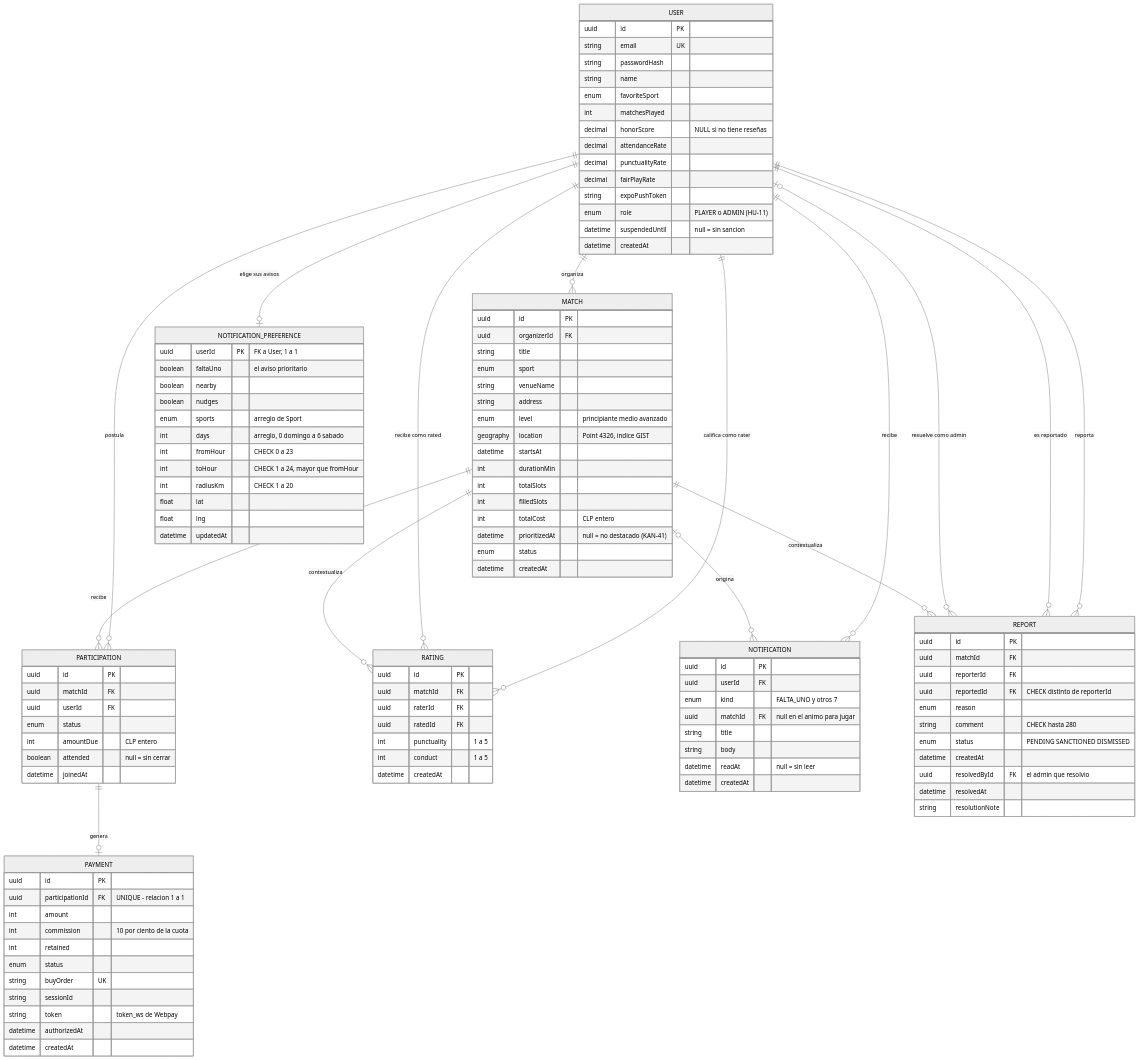
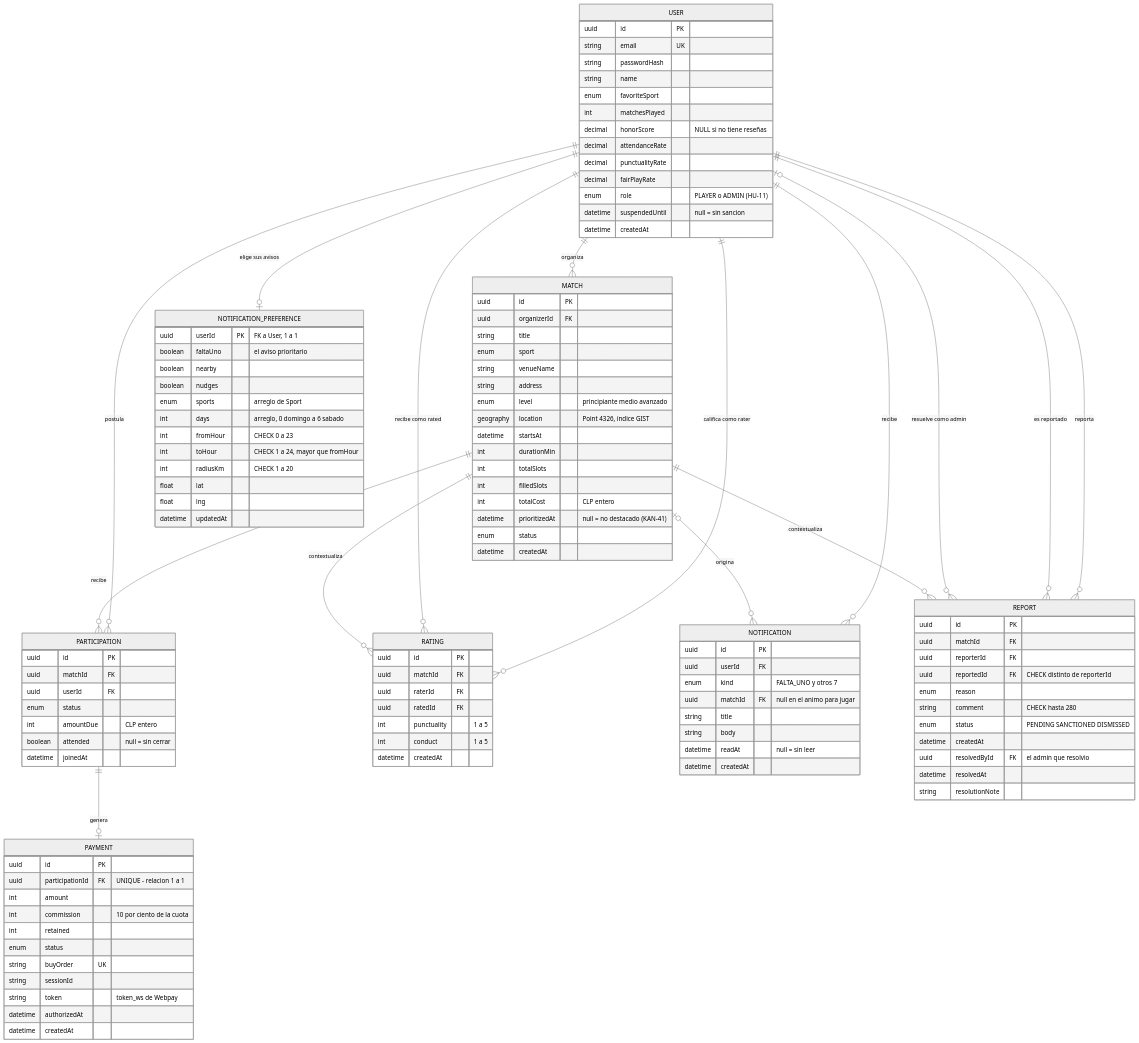
The diagram in fase-2-desarrollo/docs/01-modelo-datos.md (avenaaaa/KANCHA), drawn with Mermaid (neutral theme) before and after one commit. The commit also changed other lines of this file and 33 other files, not shown here.

```diff
--- a/fase-2-desarrollo/docs/01-modelo-datos.md
+++ b/fase-2-desarrollo/docs/01-modelo-datos.md
@@ -51,7 +51,6 @@
         decimal  attendanceRate
         decimal  punctualityRate
         decimal  fairPlayRate
-        string   expoPushToken
         enum     role "PLAYER o ADMIN (HU-11)"
         datetime suspendedUntil "null = sin sancion"
         datetime createdAt
```
